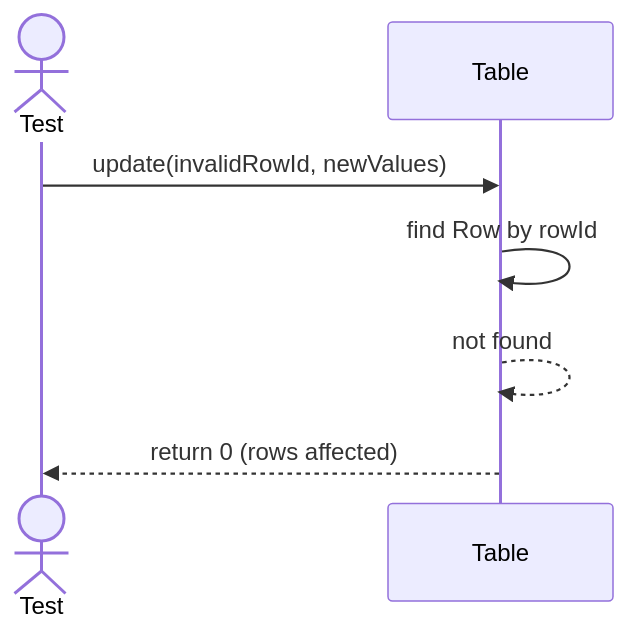
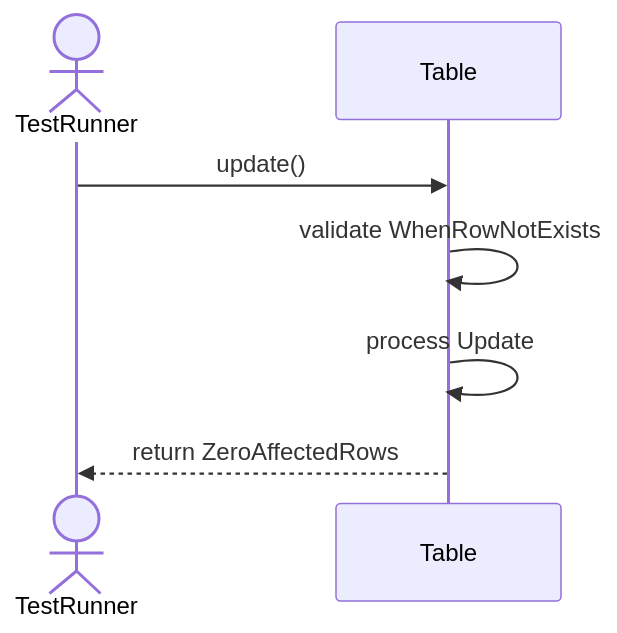
One commit to TamBui1706/DBMS changed the fourth of 12 diagrams in Sequences/DatabaseObjectManagement/Table.md. Above: the diagram before and after it, drawn with Mermaid. The commit also changed other lines of this file and 63 other files, not shown here.

Commit message:
Draw sequence diagram for unit tests

````diff
--- a/Sequences/DatabaseObjectManagement/Table.md
+++ b/Sequences/DatabaseObjectManagement/Table.md
@@ -63,10 +61,9 @@
 ```mermaid
 sequenceDiagram
-    actor Test
+    actor TestRunner
     participant Table
-
-    Test->>Table: update(invalidRowId, newValues)
-    Table->>Table: find Row by rowId
-    Table-->>Table: not found
-    Table-->>Test: return 0 (rows affected)
+    TestRunner->>Table: update()
+    Table->>Table: validate WhenRowNotExists
+    Table->>Table: process Update
+    Table-->>TestRunner: return ZeroAffectedRows
 ```
````
